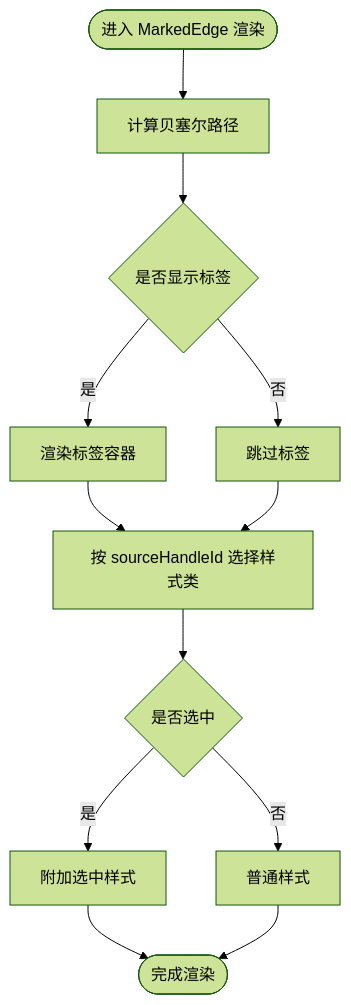
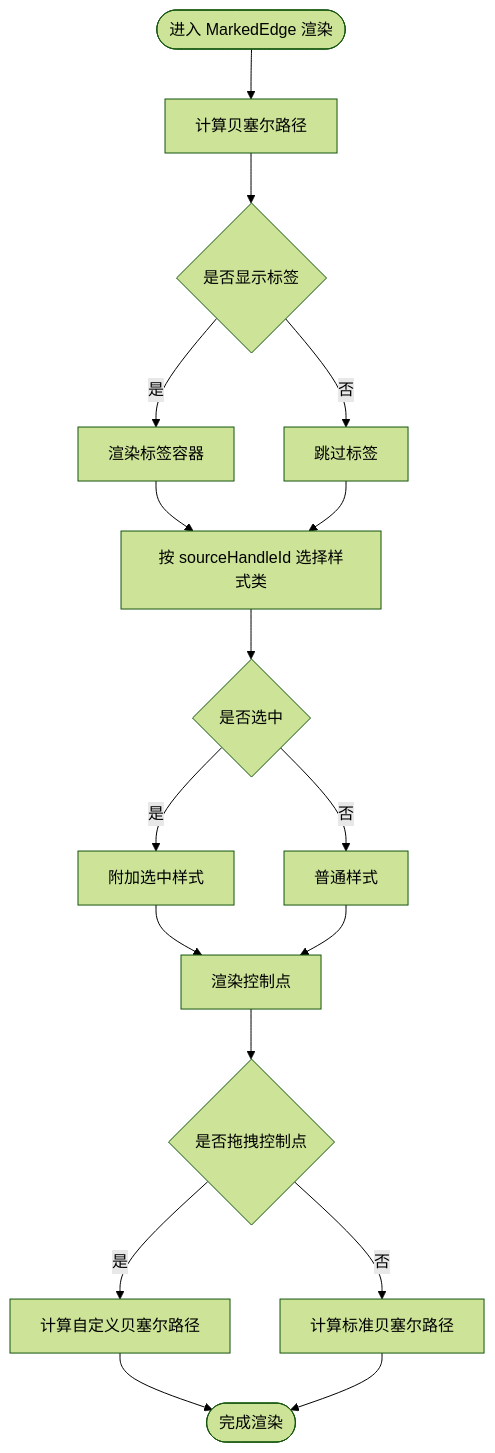
One commit to kqcoxn/MaaPipelineEditor changed the third of 11 diagrams in .qoder/repowiki/zh/content/核心概念/连接.md. Above: the diagram before and after it, drawn with Mermaid (forest theme). The commit also changed other lines of this file and 5 other files, not shown here.

````diff
--- a/.qoder/repowiki/zh/content/核心概念/连接.md
+++ b/.qoder/repowiki/zh/content/核心概念/连接.md
@@ -169,14 +188,19 @@
 ```mermaid
 flowchart TD
 Start(["进入 MarkedEdge 渲染"]) --> Path["计算贝塞尔路径"]
 Path --> LabelCfg{"是否显示标签"}
 LabelCfg --> |是| RenderLabel["渲染标签容器"]
 LabelCfg --> |否| SkipLabel["跳过标签"]
 RenderLabel --> ClassSel["按 sourceHandleId 选择样式类"]
 SkipLabel --> ClassSel
 ClassSel --> Selected{"是否选中"}
 Selected --> |是| SelClass["附加选中样式"]
 Selected --> |否| NormClass["普通样式"]
-SelClass --> End(["完成渲染"])
-NormClass --> End
+SelClass --> ControlPoint["渲染控制点"]
+NormClass --> ControlPoint
+ControlPoint --> Drag{"是否拖拽控制点"}
+Drag --> |是| CustomPath["计算自定义贝塞尔路径"]
+Drag --> |否| StandardPath["计算标准贝塞尔路径"]
+CustomPath --> End(["完成渲染"])
+StandardPath --> End
 ```
````
